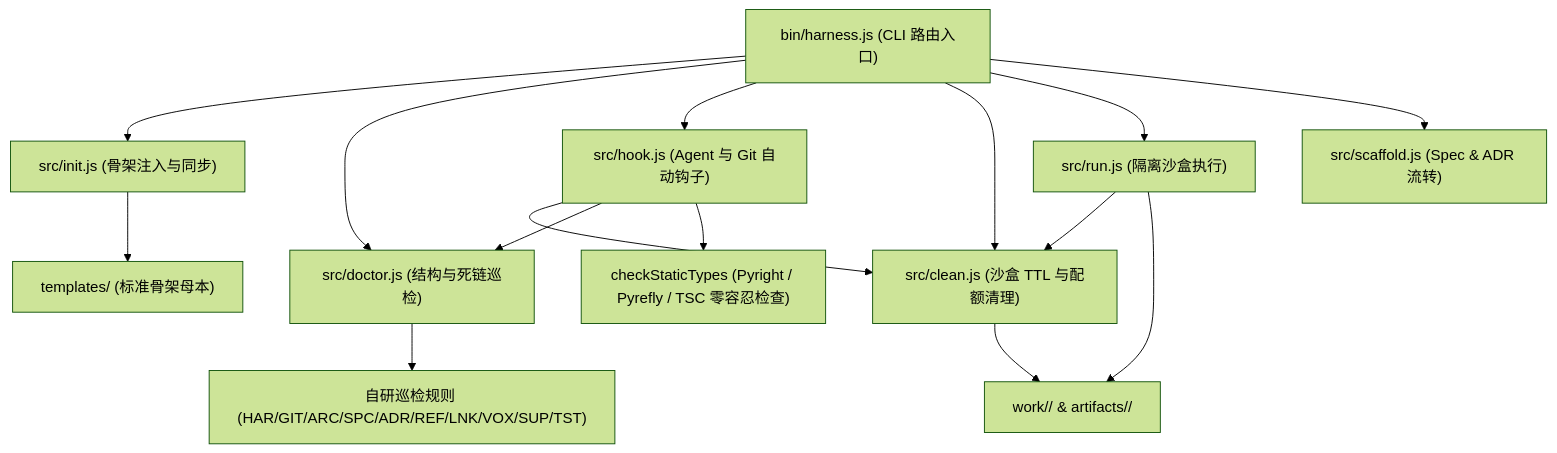
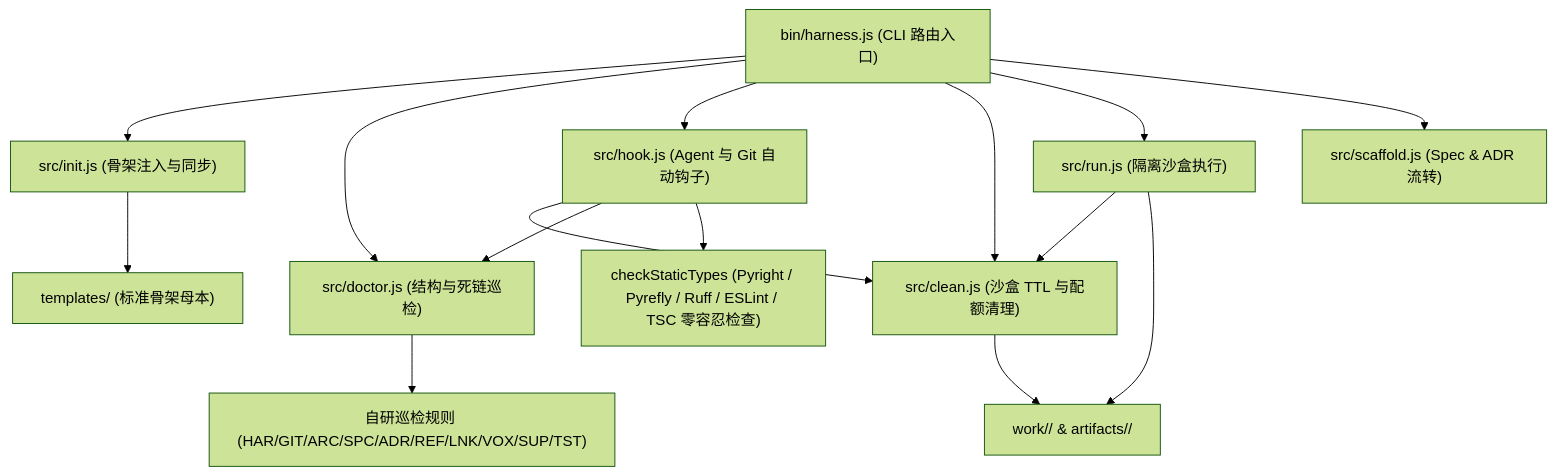
One commit to nanzhi84/yoryon-harness changed the first of 2 diagrams in docs/architecture/overview.md. Above: the diagram before and after it, drawn with Mermaid (forest theme). The commit also changed other lines of this file and 3 other files, not shown here.

Commit message:
feat: add Ruff and ESLint zero-tolerance linter checks to harness hook

````diff
--- a/docs/architecture/overview.md
+++ b/docs/architecture/overview.md
@@ -7,18 +7,18 @@
 ```mermaid
 flowchart TD
     CLI["bin/harness.js (CLI 路由入口)"] --> Init["src/init.js (骨架注入与同步)"]
     CLI --> Doctor["src/doctor.js (结构与死链巡检)"]
     CLI --> Hook["src/hook.js (Agent 与 Git 自动钩子)"]
     CLI --> Clean["src/clean.js (沙盒 TTL 与配额清理)"]
     CLI --> Run["src/run.js (隔离沙盒执行)"]
     CLI --> Scaffold["src/scaffold.js (Spec & ADR 流转)"]
 
     Init --> Tpl["templates/ (标准骨架母本)"]
     Hook --> Clean
     Hook --> Doctor
-    Hook --> TypeCheck["checkStaticTypes (Pyright / Pyrefly / TSC 零容忍检查)"]
+    Hook --> TypeCheck["checkStaticTypes (Pyright / Pyrefly / Ruff / ESLint / TSC 零容忍检查)"]
     Run --> Clean
     Doctor --> Rules["自研巡检规则 (HAR/GIT/ARC/SPC/ADR/REF/LNK/VOX/SUP/TST)"]
     Run --> Sandbox["work/<run-id>/ & artifacts/<run-id>/"]
     Clean --> Sandbox
 ```
````
